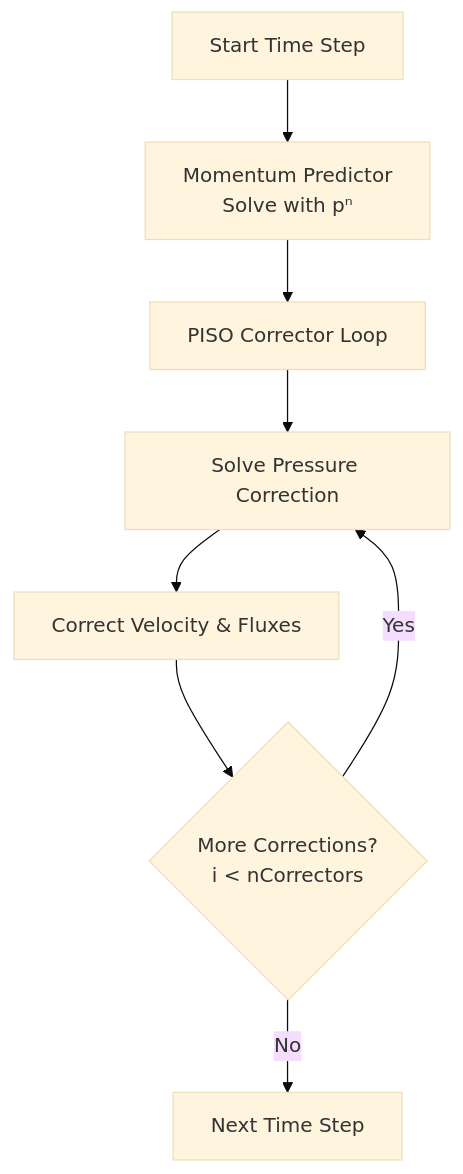
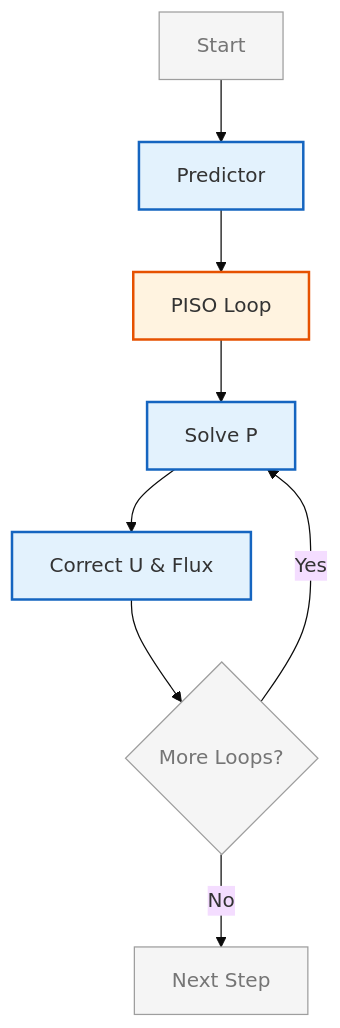
One commit to wramet/build-my-cfd changed the first of 3 diagrams in MODULE_03_SINGLE_PHASE_FLOW/CONTENT/02_PRESSURE_VELOCITY_COUPLING/03_PISO_and_PIMPLE_Algorithms.md. Above: the diagram before and after it, drawn with Mermaid (base theme). The commit also changed other lines of this file and 313 other files, not shown here.

Commit message:
Revise all diagram

````diff
--- a/MODULE_03_SINGLE_PHASE_FLOW/CONTENT/02_PRESSURE_VELOCITY_COUPLING/03_PISO_and_PIMPLE_Algorithms.md
+++ b/MODULE_03_SINGLE_PHASE_FLOW/CONTENT/02_PRESSURE_VELOCITY_COUPLING/03_PISO_and_PIMPLE_Algorithms.md
@@ -57,10 +57,15 @@
 ```mermaid
 flowchart TD
-    A[Start Time Step] --> B[Momentum Predictor<br/>Solve with pⁿ]
-    B --> C[PISO Corrector Loop]
-    C --> D[Solve Pressure Correction]
-    D --> E[Correct Velocity & Fluxes]
-    E --> F{More Corrections?<br/>i < nCorrectors}
-    F -->|Yes| D
-    F -->|No| G[Next Time Step]
+%% Classes
+classDef explicit fill:#fff3e0,stroke:#e65100,stroke-width:2px;
+classDef implicit fill:#e3f2fd,stroke:#1565c0,stroke-width:2px;
+classDef context fill:#f5f5f5,stroke:#9e9e9e,stroke-width:1px,color:#757575;
+%% Nodes
+A[Start]:::context --> B[Predictor]:::implicit
+B --> C[PISO Loop]:::explicit
+C --> D[Solve P]:::implicit
+D --> E[Correct U & Flux]:::implicit
+E --> F{More Loops?}:::context
+F -->|Yes| D
+F -->|No| G[Next Step]:::context
 ```
````
